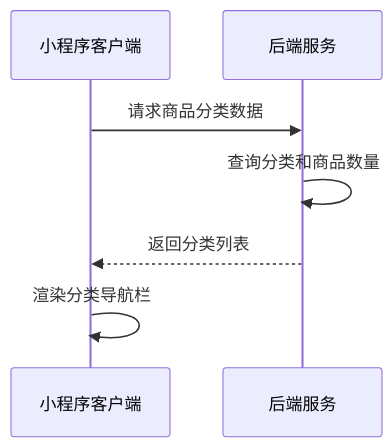
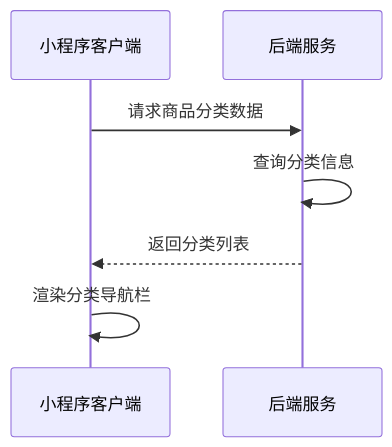
Before and after one commit to Childho/V4: the second of 4 diagrams in api-docs/search-result.md, drawn with Mermaid. The commit also changed other lines of this file and 1 other file, not shown here.

````diff
--- a/api-docs/search-result.md
+++ b/api-docs/search-result.md
@@ -161,9 +125,9 @@
 ```mermaid
 sequenceDiagram
     participant Client as 小程序客户端
     participant Server as 后端服务
     Client->>Server: 请求商品分类数据
-    Server->>Server: 查询分类和商品数量
+    Server->>Server: 查询分类信息
     Server-->>Client: 返回分类列表
     Client->>Client: 渲染分类导航栏
 ```
````
